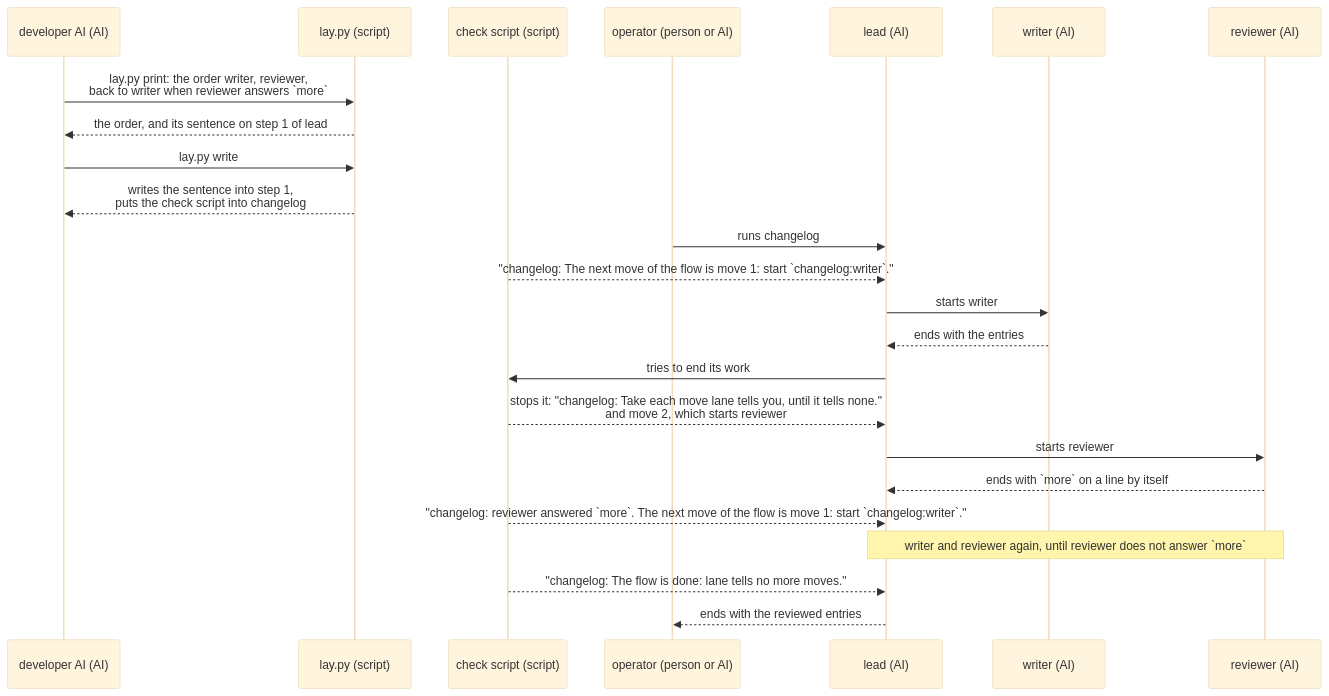
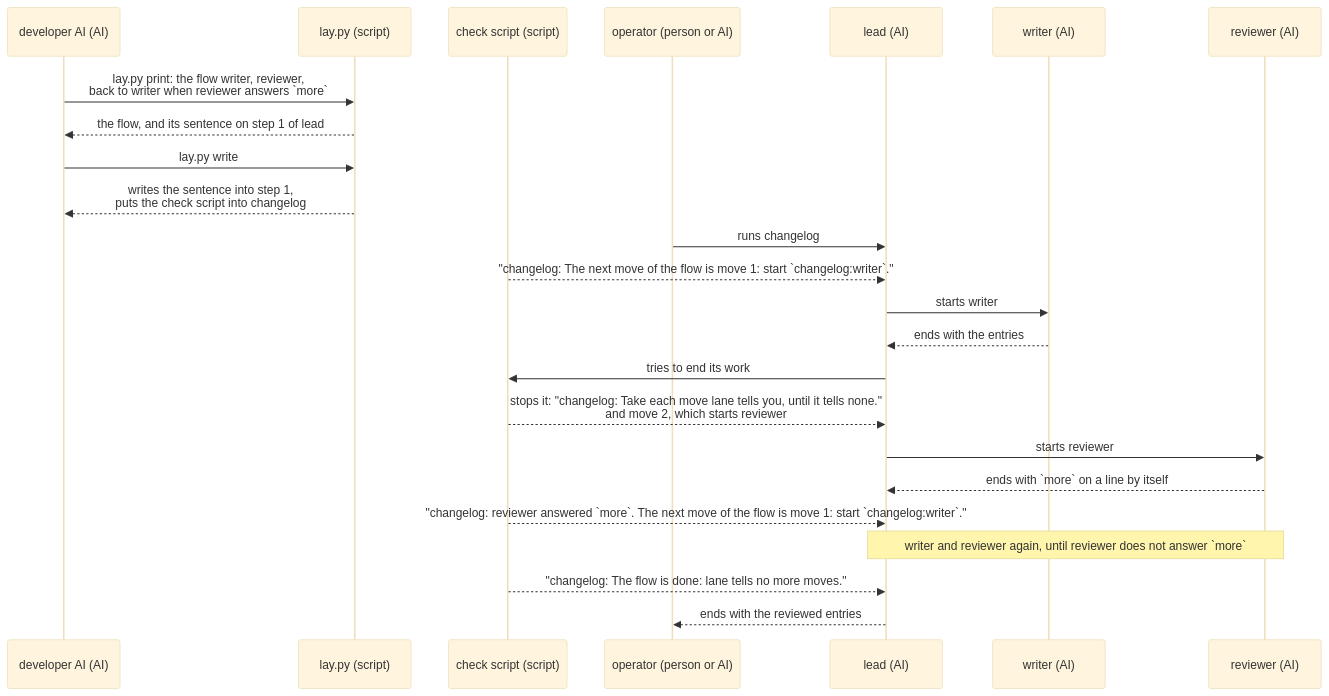
The second of 2 diagrams in dev/lane/ux.md (lovaizu/ccpm), drawn with Mermaid (base theme) before and after one commit. The commit also changed other lines of this file, not shown here.

First line of the commit message:
lane's UX names the order the flow, as lane's messages do

````diff
--- a/dev/lane/ux.md
+++ b/dev/lane/ux.md
@@ -63,26 +63,26 @@
 ```mermaid
 sequenceDiagram
   participant A as developer AI (AI)
   participant L as lay.py (script)
   participant K as check script (script)
   participant U as operator (person or AI)
   participant O as lead (AI)
   participant W as writer (AI)
   participant R as reviewer (AI)
-  A->>L: lay.py print: the order writer, reviewer,<br>back to writer when reviewer answers `more`
-  L-->>A: the order, and its sentence on step 1 of lead
+  A->>L: lay.py print: the flow writer, reviewer,<br>back to writer when reviewer answers `more`
+  L-->>A: the flow, and its sentence on step 1 of lead
   A->>L: lay.py write
   L-->>A: writes the sentence into step 1,<br>puts the check script into changelog
   U->>O: runs changelog
   K-->>O: "changelog: The next move of the flow is move 1: start `changelog:writer`."
   O->>W: starts writer
   W-->>O: ends with the entries
   O->>K: tries to end its work
   K-->>O: stops it: "changelog: Take each move lane tells you, until it tells none."<br>and move 2, which starts reviewer
   O->>R: starts reviewer
   R-->>O: ends with `more` on a line by itself
   K-->>O: "changelog: reviewer answered `more`. The next move of the flow is move 1: start `changelog:writer`."
   Note over O,R: writer and reviewer again, until reviewer does not answer `more`
   K-->>O: "changelog: The flow is done: lane tells no more moves."
   O-->>U: ends with the reviewed entries
 ```
````
